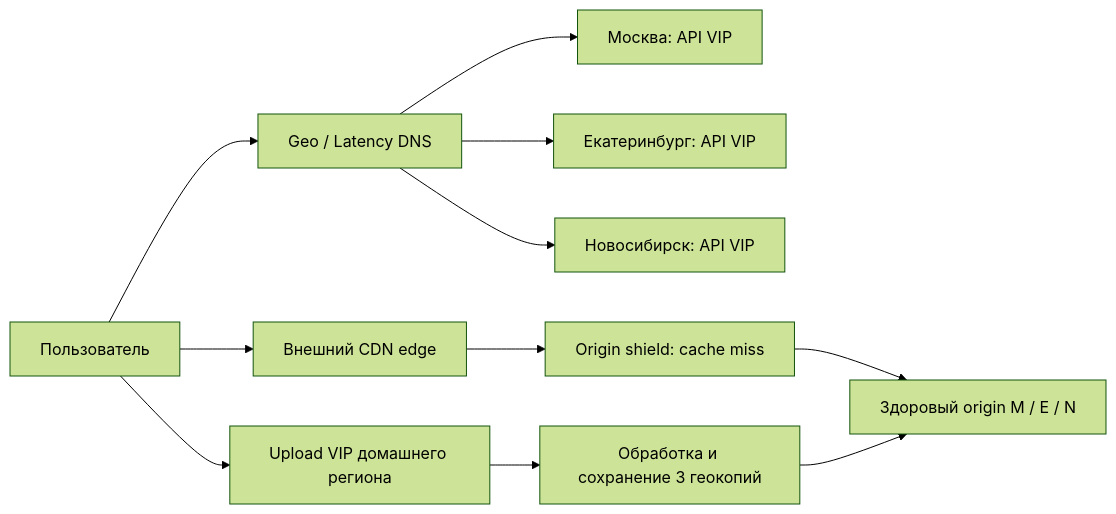
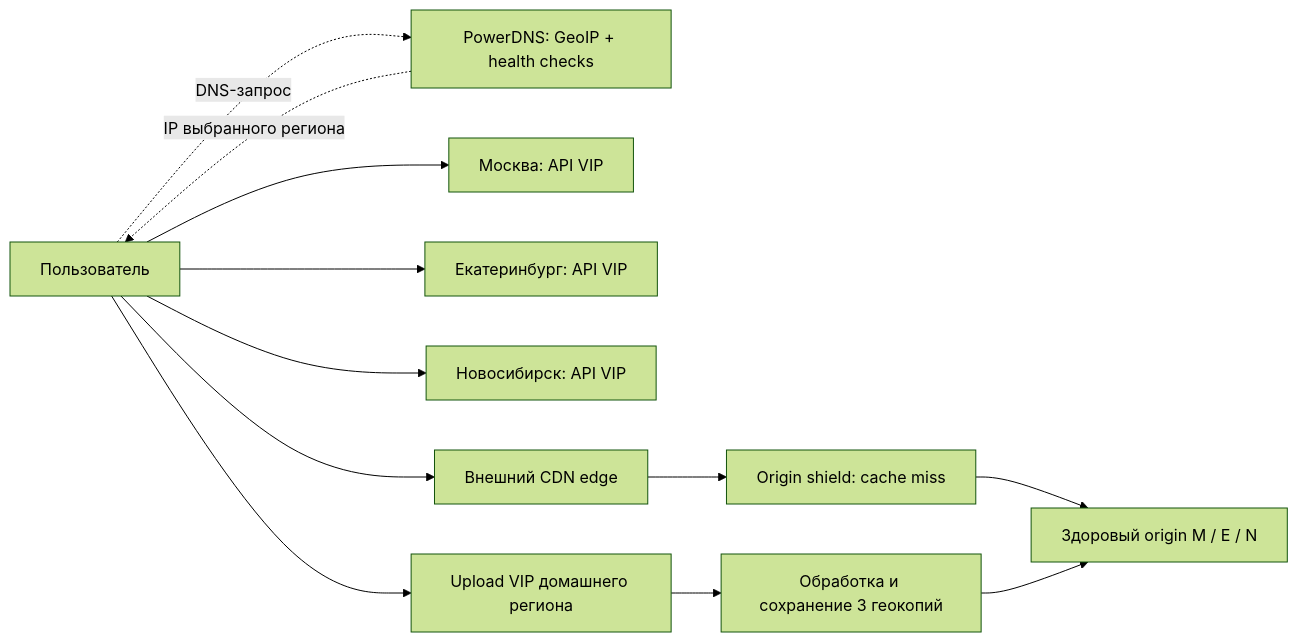
The first of 4 diagrams in README.md (pavel-ladygin/highload_tp), drawn with Mermaid (forest theme) before and after one commit. The commit also changed other lines of this file, not shown here.

````diff
--- a/README.md
+++ b/README.md
@@ -134,13 +145,14 @@
 ```mermaid
 flowchart LR
-    U[Пользователь] --> D[Geo / Latency DNS]
-    D --> M[Москва: API VIP]
-    D --> E[Екатеринбург: API VIP]
-    D --> N[Новосибирск: API VIP]
+    U[Пользователь] -. DNS-запрос .-> D[PowerDNS: GeoIP + health checks]
+    D -. IP выбранного региона .-> U
+    U --> M[Москва: API VIP]
+    U --> E[Екатеринбург: API VIP]
+    U --> N[Новосибирск: API VIP]
     U --> C[Внешний CDN edge]
     C --> S[Origin shield: cache miss]
     S --> O[Здоровый origin M / E / N]
     U --> H[Upload VIP домашнего региона]
     H --> P[Обработка и сохранение 3 геокопий]
     P --> O
 ```
````
